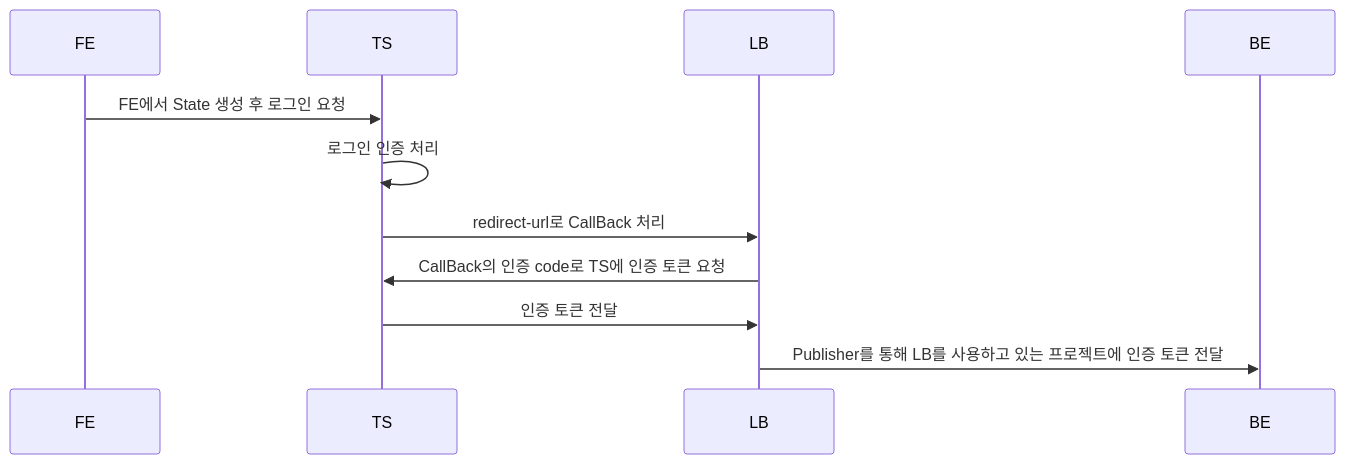
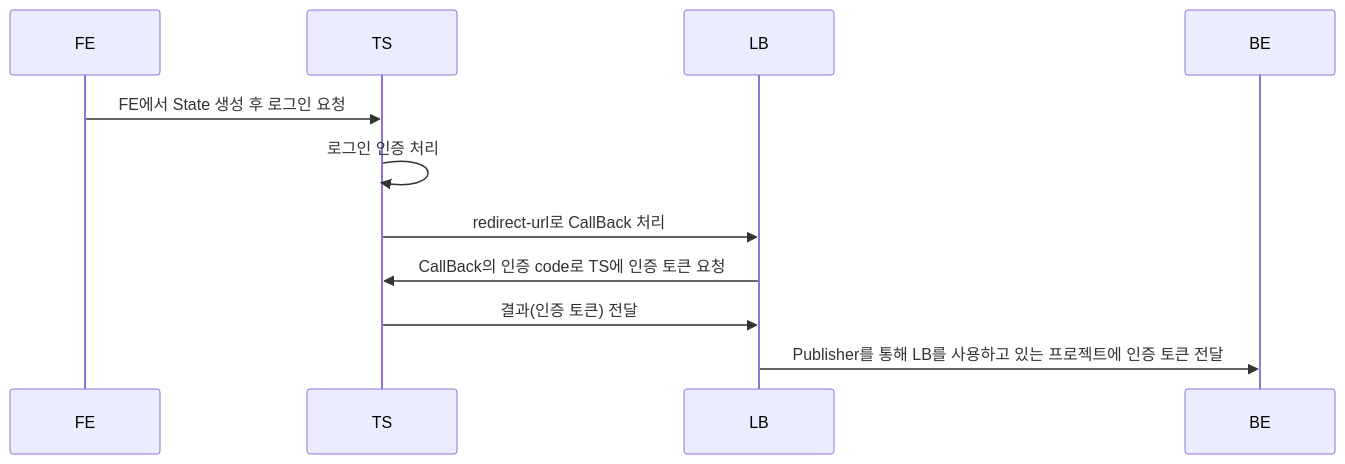
One commit to SpadeJJJ/oauth_rebuild changed the first of 2 diagrams in README.md. Above: the diagram before and after it, drawn with Mermaid. The commit also changed other lines of this file, not shown here.

````diff
--- a/README.md
+++ b/README.md
@@ -18,9 +18,9 @@
 ```mermaid
 sequenceDiagram
-FE ->> TS: FE에서 State 생성 후 로그인 요청
+FE ->> TS : FE에서 State 생성 후 로그인 요청
 TS ->> TS : 로그인 인증 처리
 TS ->> LB : redirect-url로 CallBack 처리
 LB ->> TS : CallBack의 인증 code로 TS에 인증 토큰 요청
-TS ->> LB : 인증 토큰 전달
+TS ->> LB : 결과(인증 토큰) 전달
 LB ->> BE : Publisher를 통해 LB를 사용하고 있는 프로젝트에 인증 토큰 전달
 ```
````
